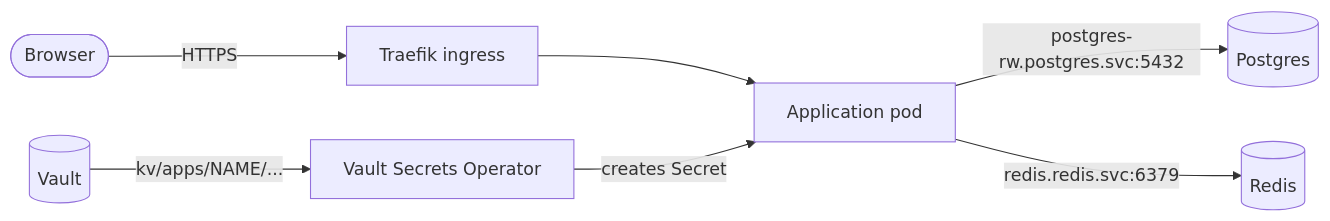
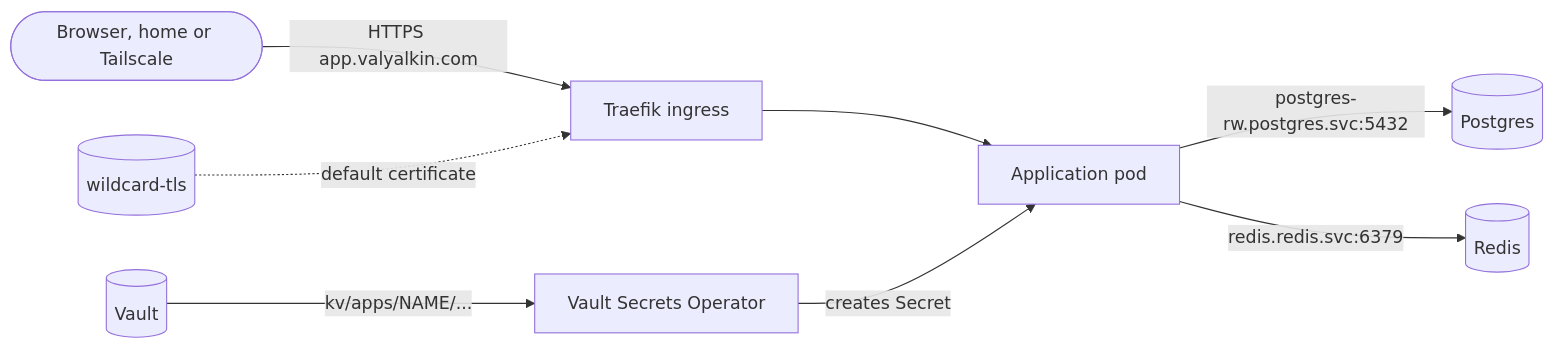
One commit to valyalkin/hl-helm changed the second of 2 diagrams in README.md. Above: the diagram before and after it, drawn with Mermaid. The commit also changed other lines of this file and 5 other files, not shown here.

First line of the commit message:
docs: app hosts under valyalkin.com, no DNS or certificate step; tiers and README list the new charts

````diff
--- a/README.md
+++ b/README.md
@@ -37,9 +37,10 @@
 ```mermaid
 flowchart LR
-    user([Browser]) -- "HTTPS" --> T[Traefik ingress]
+    user([Browser, home or Tailscale]) -- "HTTPS app.valyalkin.com" --> T[Traefik ingress]
+    CERT[(wildcard-tls)] -. "default certificate" .-> T
     T --> app[Application pod]
     app -- "postgres-rw.postgres.svc:5432" --> PG[(Postgres)]
     app -- "redis.redis.svc:6379" --> RD[(Redis)]
     V[(Vault)] -- "kv/apps/NAME/..." --> VSO[Vault Secrets Operator]
     VSO -- "creates Secret" --> app
 ```
````
